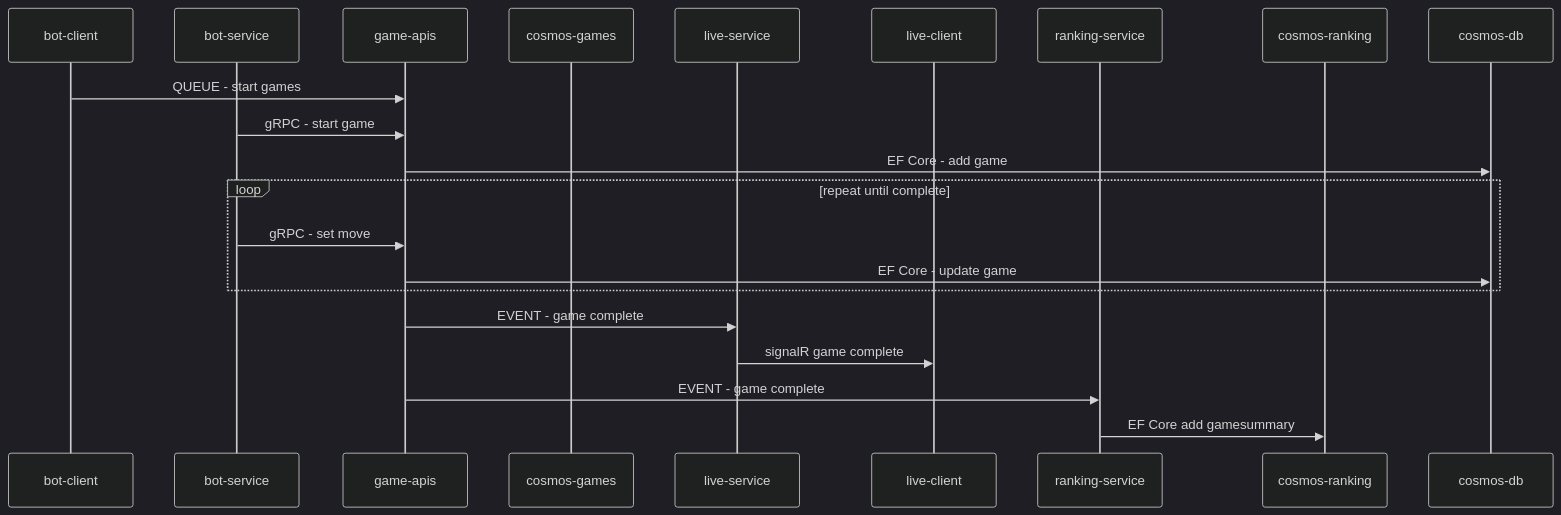
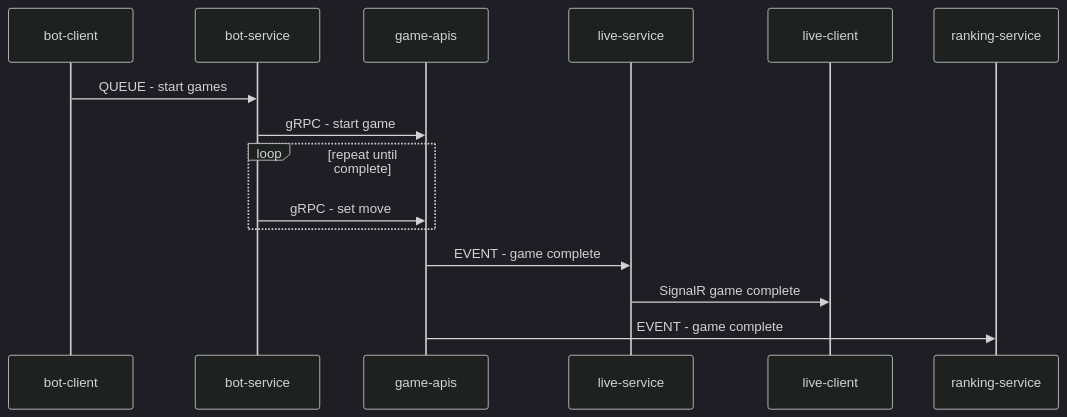
One commit to PacktPublishing/Pragmatic-Microservices-with-CSharp-and-Azure changed the diagram in ch15/sequence-async.md. Above: the diagram before and after it, drawn with Mermaid (dark theme).

Commit message:
simplify sequence-async.md

````diff
--- a/ch15/sequence-async.md
+++ b/ch15/sequence-async.md
@@ -1,23 +1,18 @@
 ```mermaid
 sequenceDiagram
   participant bot-client
   participant bot-service
   participant game-apis
-  participant cosmos-games
   participant live-service
   participant live-client
   participant ranking-service
-  participant cosmos-ranking
 
-  bot-client->>game-apis: QUEUE - start games
+  bot-client->>bot-service: QUEUE - start games
   bot-service->>game-apis: gRPC - start game
-  game-apis->>cosmos-db: EF Core - add game
   loop repeat until complete
     bot-service->>game-apis: gRPC - set move
-    game-apis->>cosmos-db: EF Core - update game
   end
   game-apis->>live-service: EVENT - game complete
-  live-service->>live-client: signalR game complete
+  live-service->>live-client: SignalR game complete
   game-apis->>ranking-service: EVENT - game complete
-  ranking-service->>cosmos-ranking: EF Core add gamesummary
 ```
````
